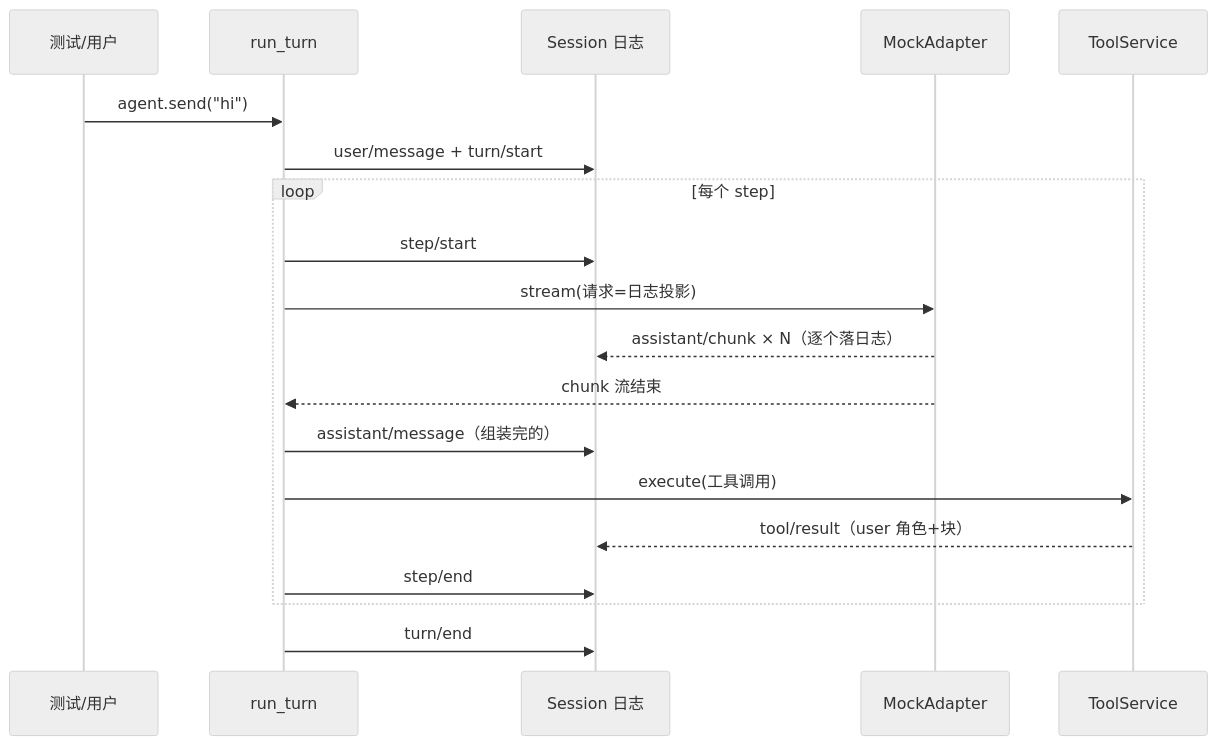
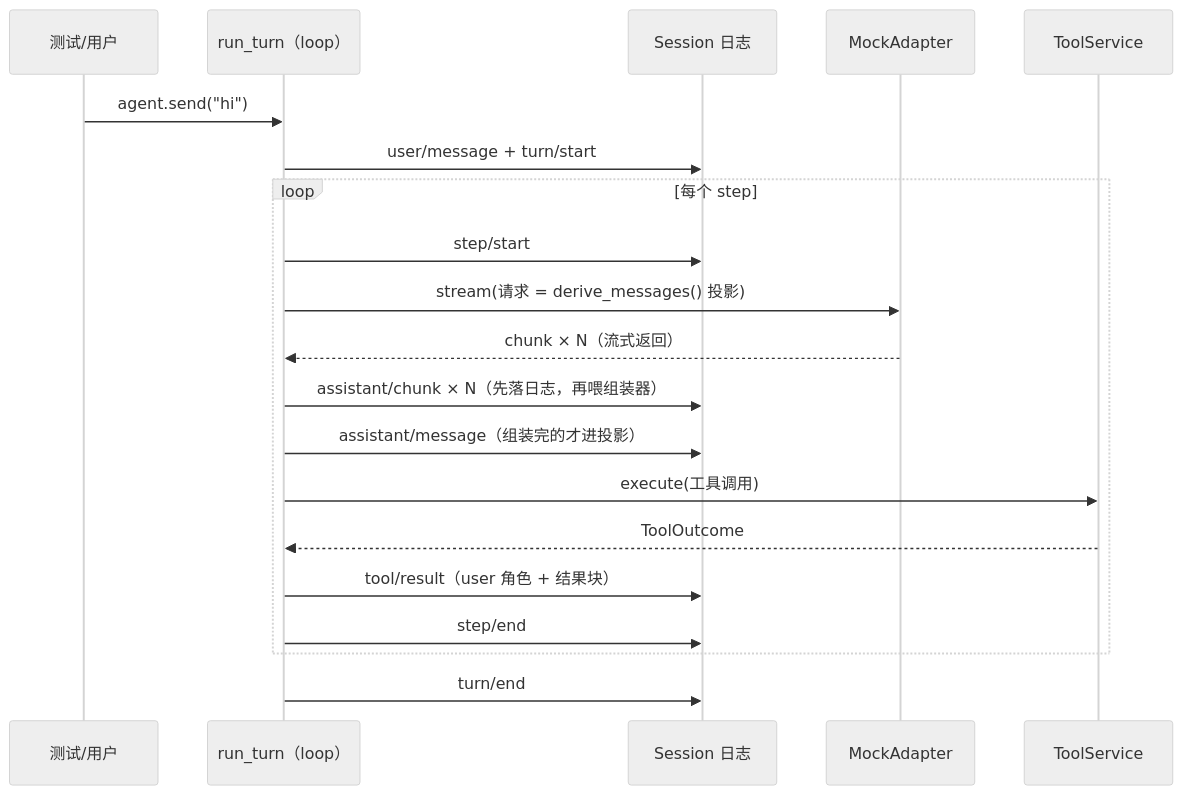
The diagram in notes/M1/02-主循环.md (jesongit/learn-dsh), drawn with Mermaid (neutral theme) before and after one commit. The commit also changed other lines of this file, not shown here.

Commit message:
fix(M1-02): 时序图修正——chunk 与 tool/result 由 loop 落日志（模型/工具只返回给 loop）；补实虚线图例

````diff
--- a/notes/M1/02-主循环.md
+++ b/notes/M1/02-主循环.md
@@ -29,22 +29,23 @@
 ```mermaid
 %%{init: {"fontFamily": "Microsoft YaHei"}}%%
 sequenceDiagram
     participant U as 测试/用户
-    participant L as run_turn
+    participant L as run_turn（loop）
     participant S as Session 日志
     participant M as MockAdapter
     participant T as ToolService
     U->>L: agent.send("hi")
     L->>S: user/message + turn/start
     loop 每个 step
         L->>S: step/start
-        L->>M: stream(请求=日志投影)
-        M-->>S: assistant/chunk × N（逐个落日志）
-        M-->>L: chunk 流结束
-        L->>S: assistant/message（组装完的）
+        L->>M: stream(请求 = derive_messages() 投影)
+        M-->>L: chunk × N（流式返回）
+        L->>S: assistant/chunk × N（先落日志，再喂组装器）
+        L->>S: assistant/message（组装完的才进投影）
         L->>T: execute(工具调用)
-        T-->>S: tool/result（user 角色+块）
+        T-->>L: ToolOutcome
+        L->>S: tool/result（user 角色 + 结果块）
         L->>S: step/end
     end
     L->>S: turn/end
 ```
````
